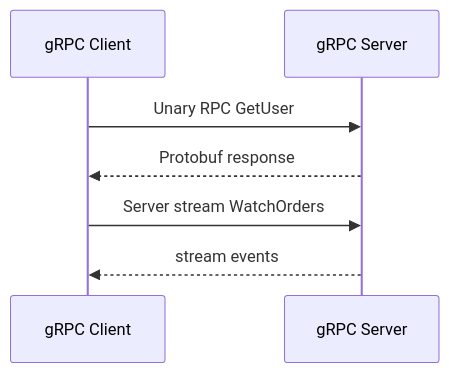
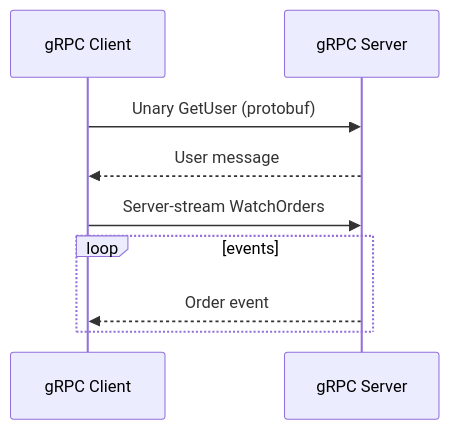
Before and after one commit to hareramcse/SystemDesign: the fifth of 26 diagrams in 07-api-desing/README.md, drawn with Mermaid. The commit also changed other lines of this file and 14 other files, not shown here.

````diff
--- a/07-api-desing/README.md
+++ b/07-api-desing/README.md
@@ -208,9 +384,11 @@
 ```mermaid
 sequenceDiagram
     participant C as gRPC Client
     participant S as gRPC Server
-    C->>S: Unary RPC GetUser
-    S-->>C: Protobuf response
-    C->>S: Server stream WatchOrders
-    S-->>C: stream events
+    C->>S: Unary GetUser (protobuf)
+    S-->>C: User message
+    C->>S: Server-stream WatchOrders
+    loop events
+        S-->>C: Order event
+    end
 ```
````
